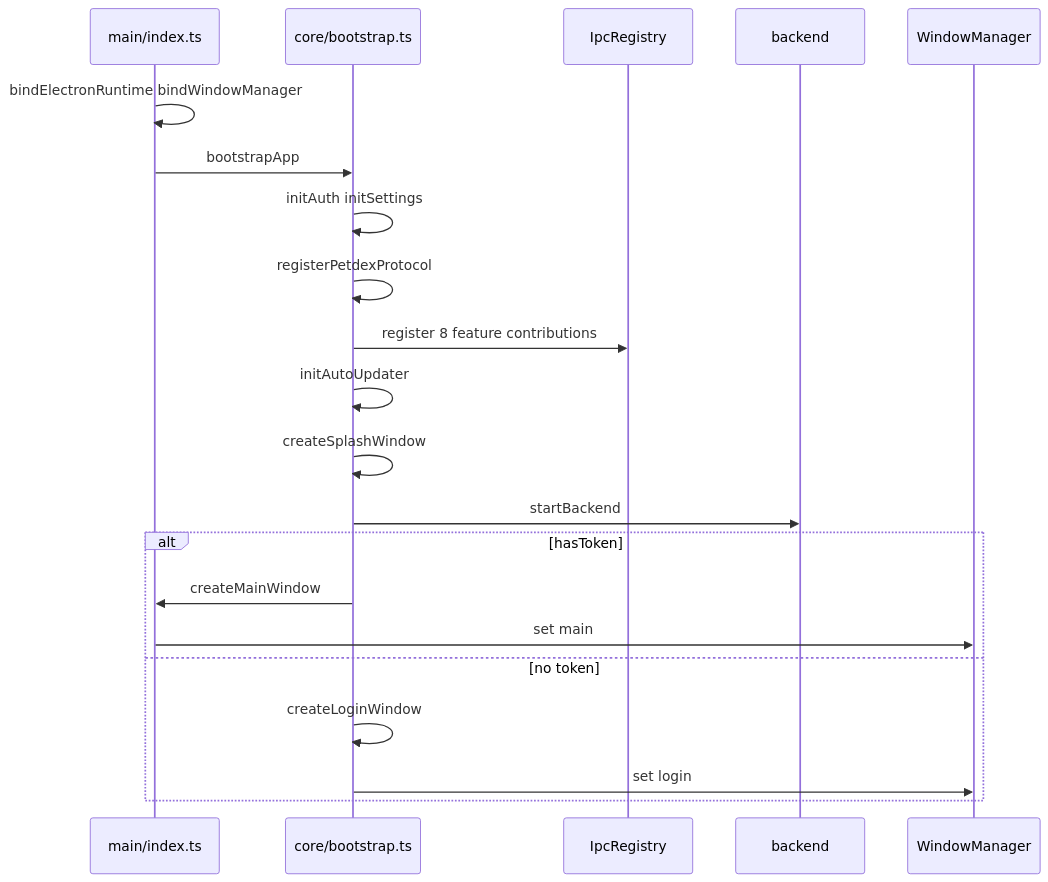
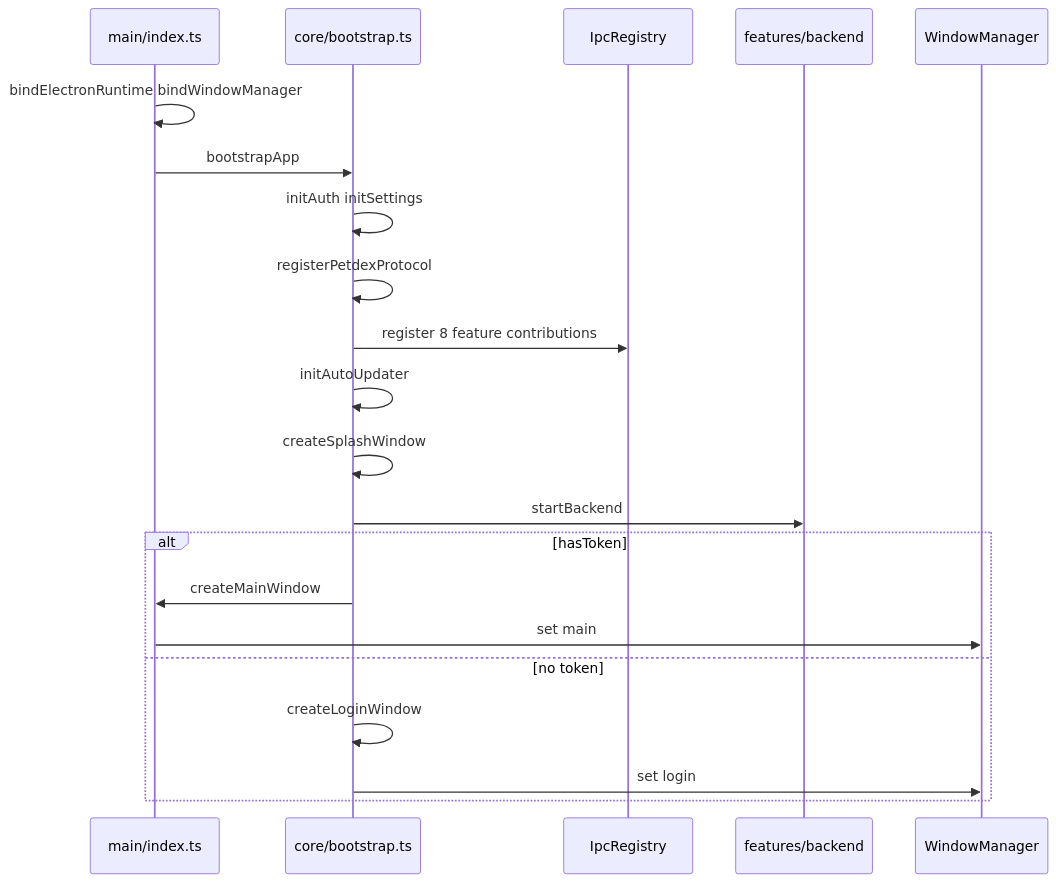
The second of 6 diagrams in apps/web/electron/README.md (rzx007/digital-employe-client-web-m), drawn with Mermaid before and after one commit. The commit also changed other lines of this file and 27 other files, not shown here.

````diff
--- a/apps/web/electron/README.md
+++ b/apps/web/electron/README.md
@@ -89,24 +127,24 @@
 ```mermaid
 sequenceDiagram
   participant Index as main/index.ts
   participant Boot as core/bootstrap.ts
   participant Reg as IpcRegistry
-  participant BE as backend
+  participant BE as features/backend
   participant WM as WindowManager
 
   Index->>Index: bindElectronRuntime bindWindowManager
   Index->>Boot: bootstrapApp
   Boot->>Boot: initAuth initSettings
   Boot->>Boot: registerPetdexProtocol
   Boot->>Reg: register 8 feature contributions
   Boot->>Boot: initAutoUpdater
   Boot->>Boot: createSplashWindow
   Boot->>BE: startBackend
   alt hasToken
     Boot->>Index: createMainWindow
     Index->>WM: set main
   else no token
     Boot->>Boot: createLoginWindow
     Boot->>WM: set login
   end
 ```
````
